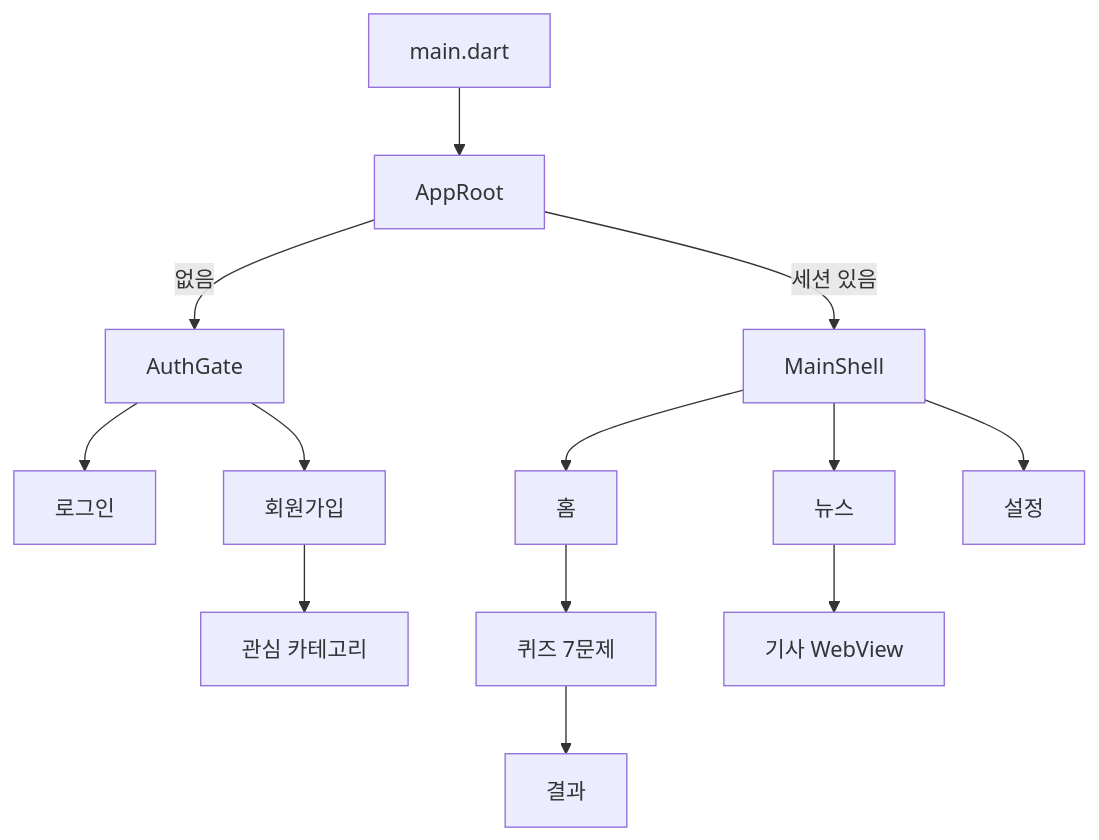
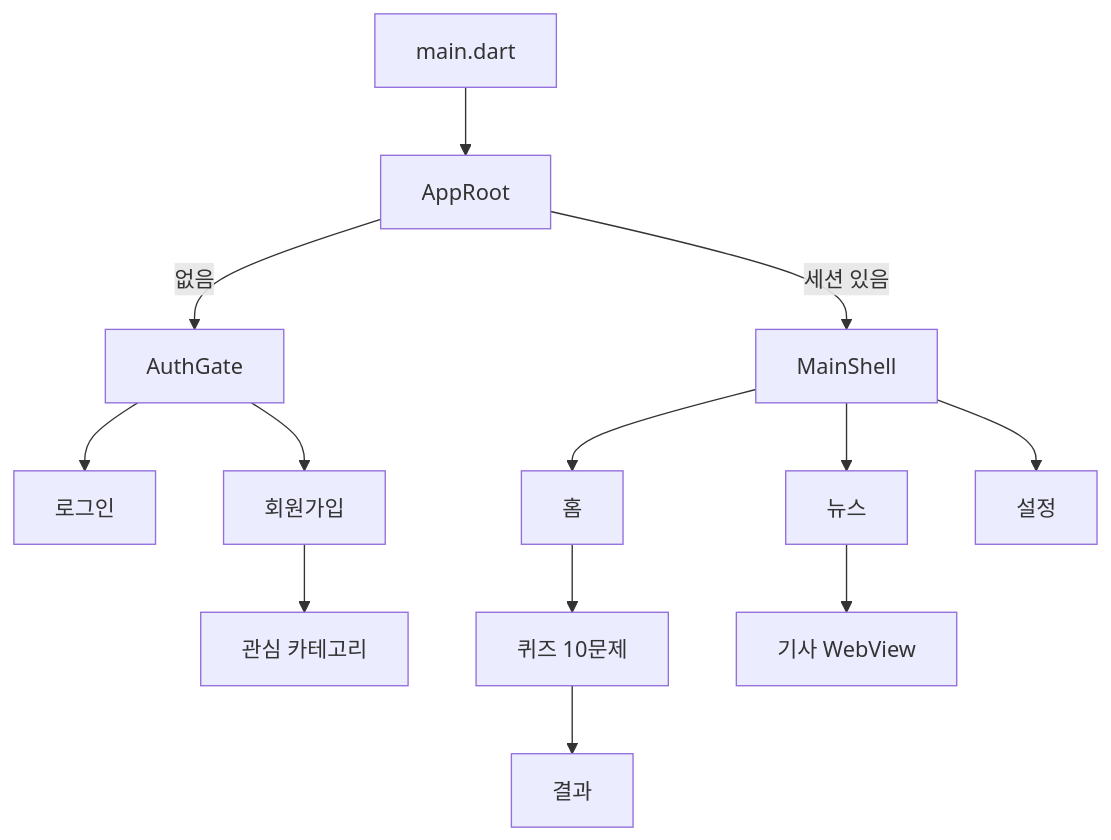
One commit to gayun829/hamfinz changed the diagram in docs/README.md. Above: the diagram before and after it, drawn with Mermaid. The commit also changed 10 other files, not shown here.

````diff
--- a/docs/README.md
+++ b/docs/README.md
@@ -23,15 +23,15 @@
 ```mermaid
 flowchart TD
   main[main.dart] --> root[AppRoot]
   root -->|세션 있음| shell[MainShell]
   root -->|없음| gate[AuthGate]
   gate --> login[로그인]
   gate --> signup[회원가입]
   signup --> cats[관심 카테고리]
   shell --> news[뉴스]
   shell --> home[홈]
   shell --> settings[설정]
-  home --> quiz[퀴즈 7문제]
+  home --> quiz[퀴즈 10문제]
   quiz --> result[결과]
   news --> article[기사 WebView]
 ```
````
